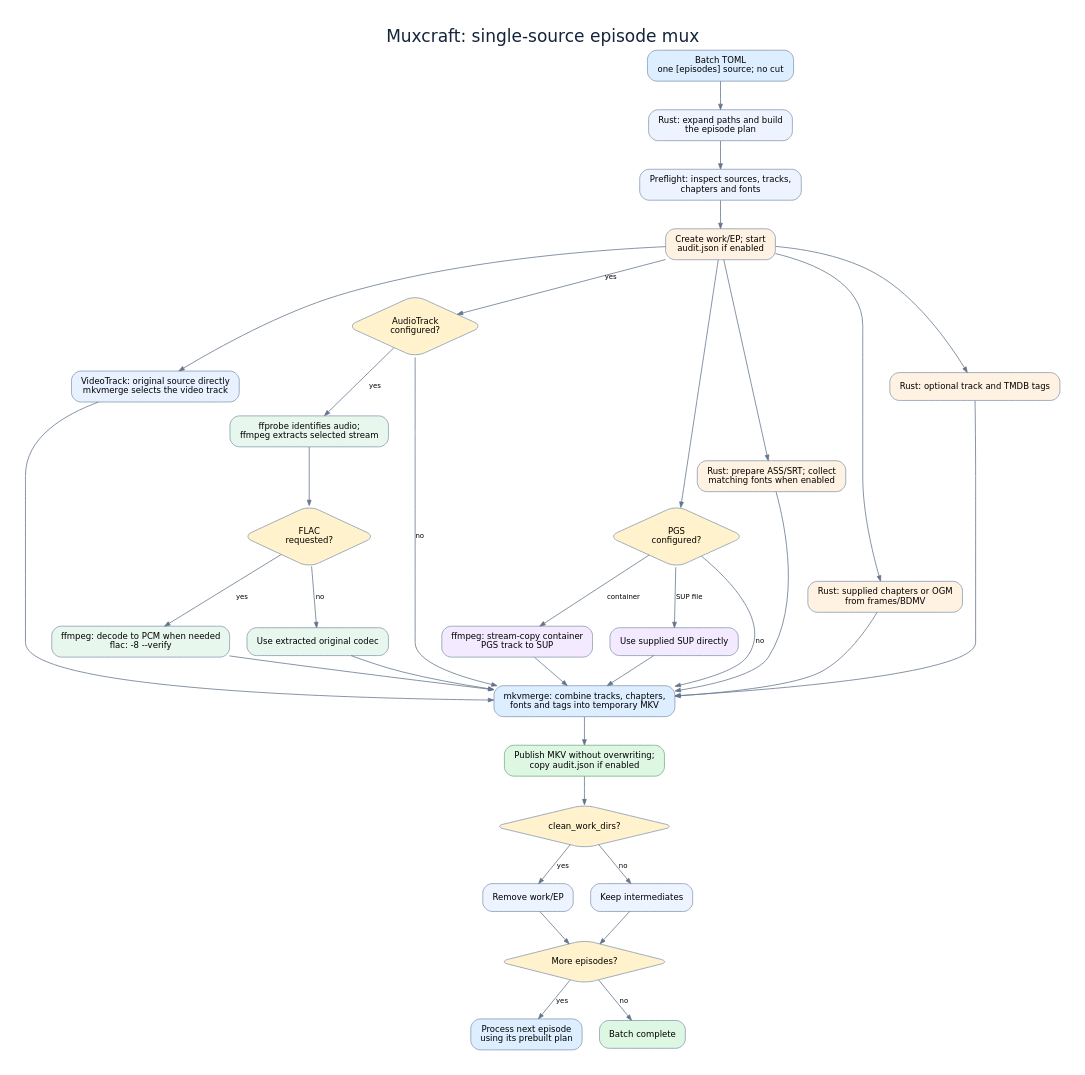
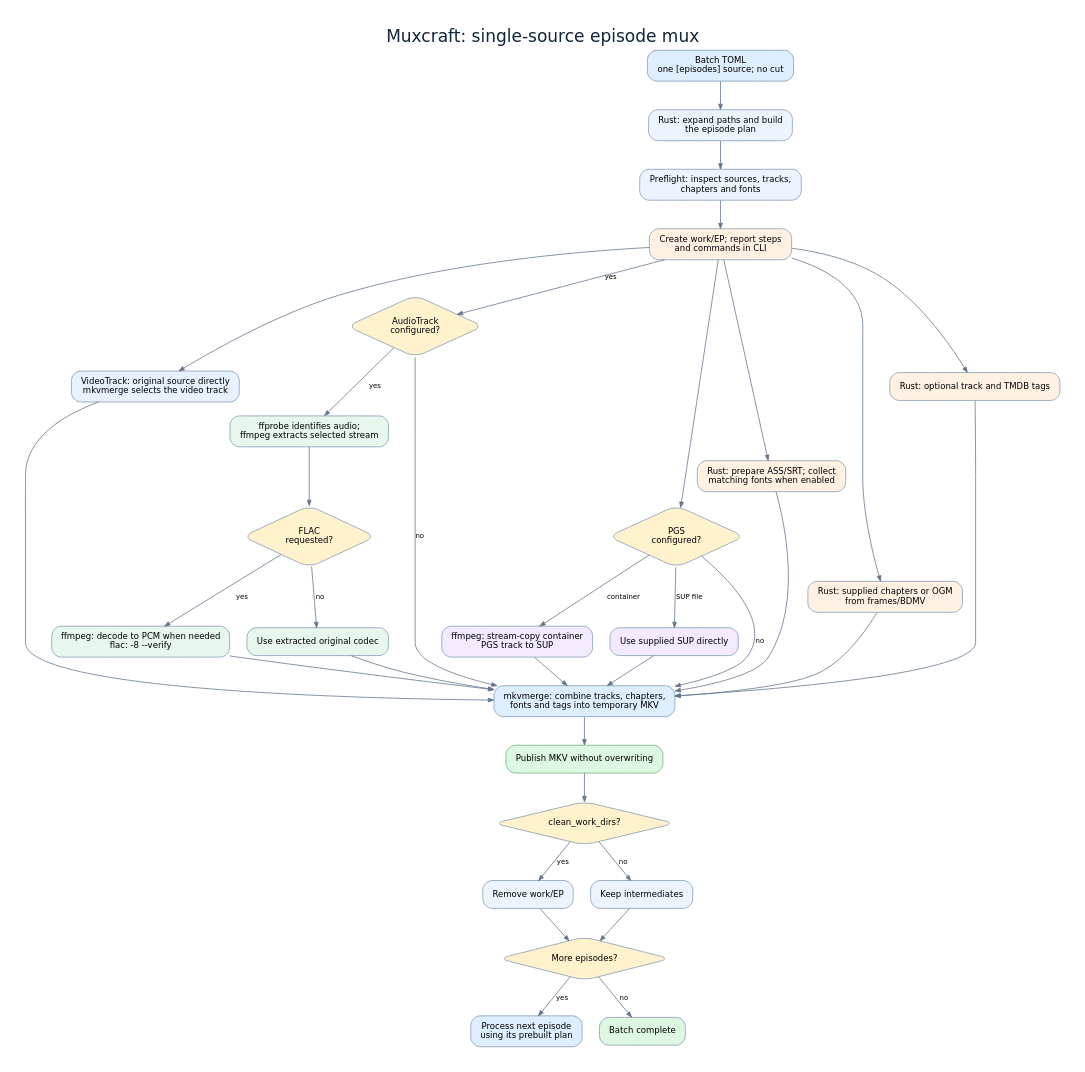
The diagram in docs/single-source-flow.dot (IncYami/muxcraft), drawn with Graphviz before and after one commit. The commit also changed 20 other files, not shown here.

Commit message:
Report mux activity in CLI without audit files

```diff
--- a/docs/single-source-flow.dot
+++ b/docs/single-source-flow.dot
@@ -1,60 +1,60 @@
 digraph SingleSourceFlow {
   graph [rankdir=TB, bgcolor="white", pad="0.35", nodesep="0.3", ranksep="0.5", fontname="DejaVu Sans", label="Muxcraft: single-source episode mux", labelloc=t, fontsize=22, fontcolor="#14243a"];
   node [shape=box, style="rounded,filled", fillcolor="#edf4ff", color="#8297b0", fontname="DejaVu Sans", fontsize=11, margin="0.17,0.11"];
   edge [color="#64748b", arrowsize=0.7, fontname="DejaVu Sans", fontsize=9];
 
   toml [label="Batch TOML\none [episodes] source; no cut", fillcolor="#dceeff"];
   plan [label="Rust: expand paths and build\nthe episode plan"];
   preflight [label="Preflight: inspect sources, tracks,\nchapters and fonts"];
-  work [label="Create work/EP; start\naudit.json if enabled", fillcolor="#fff2e2"];
+  work [label="Create work/EP; report steps\nand commands in CLI", fillcolor="#fff2e2"];
   video [label="VideoTrack: original source directly\nmkvmerge selects the video track", fillcolor="#e8f1ff"];
   audio [shape=diamond, label="AudioTrack\nconfigured?", fillcolor="#fff2cc"];
   extract [label="ffprobe identifies audio;\nffmpeg extracts selected stream", fillcolor="#e7f7ed"];
   flac_choice [shape=diamond, label="FLAC\nrequested?", fillcolor="#fff2cc"];
   pcm [label="ffmpeg: decode to PCM when needed\nflac: -8 --verify", fillcolor="#e7f7ed"];
   copy [label="Use extracted original codec", fillcolor="#e7f7ed"];
   pgs [shape=diamond, label="PGS\nconfigured?", fillcolor="#fff2cc"];
   pgs_extract [label="ffmpeg: stream-copy container\nPGS track to SUP", fillcolor="#f3eaff"];
   pgs_direct [label="Use supplied SUP directly", fillcolor="#f3eaff"];
   subtitle [label="Rust: prepare ASS/SRT; collect\nmatching fonts when enabled", fillcolor="#fff2e2"];
   chapter [label="Rust: supplied chapters or OGM\nfrom frames/BDMV", fillcolor="#fff2e2"];
   tags [label="Rust: optional track and TMDB tags", fillcolor="#fff2e2"];
   mux [label="mkvmerge: combine tracks, chapters,\nfonts and tags into temporary MKV", fillcolor="#dceeff"];
-  output [label="Publish MKV without overwriting;\ncopy audit.json if enabled", fillcolor="#ddf7e3", color="#72ad7d"];
+  output [label="Publish MKV without overwriting", fillcolor="#ddf7e3", color="#72ad7d"];
   clean [shape=diamond, label="clean_work_dirs?", fillcolor="#fff2cc"];
   remove [label="Remove work/EP"];
   keep [label="Keep intermediates"];
   next [shape=diamond, label="More episodes?", fillcolor="#fff2cc"];
   repeat [label="Process next episode\nusing its prebuilt plan", fillcolor="#dceeff"];
   done [label="Batch complete", fillcolor="#ddf7e3"];
 
   toml -> plan -> preflight -> work;
   work -> video;
   work -> audio -> extract [label="yes"];
   extract -> flac_choice;
   flac_choice -> pcm [label="yes"];
   flac_choice -> copy [label="no"];
   work -> pgs;
   pgs -> pgs_extract [label="container"];
   pgs -> pgs_direct [label="SUP file"];
   work -> subtitle;
   work -> chapter;
   work -> tags;
   video -> mux;
   audio -> mux [label="no"];
   pcm -> mux;
   copy -> mux;
   pgs -> mux [label="no"];
   pgs_extract -> mux;
   pgs_direct -> mux;
   subtitle -> mux;
   chapter -> mux;
   tags -> mux;
   mux -> output -> clean;
   clean -> remove [label="yes"];
   clean -> keep [label="no"];
   remove -> next;
   keep -> next;
   next -> repeat [label="yes"];
   next -> done [label="no"];
 }
```
